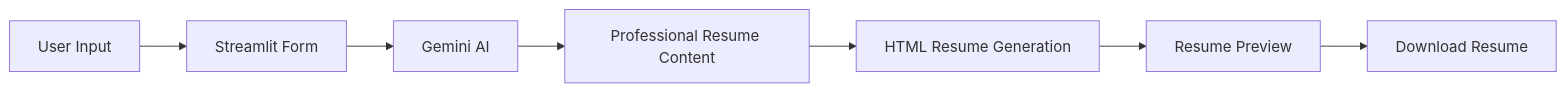
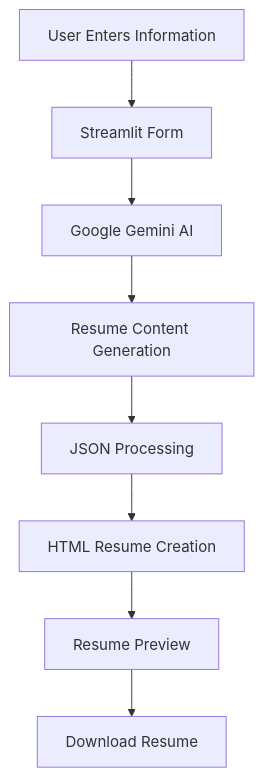
Before and after one commit to sarang-16/AI-Resume-Portfolio-Builder: the diagram in README.md, drawn with Mermaid. The commit also changed other lines of this file, not shown here.

````diff
--- a/README.md
+++ b/README.md
@@ -54,9 +75,10 @@
 ```mermaid
-graph LR
-A[User Input] --> B[Streamlit Form]
-B --> C[Gemini AI]
-C --> D[Professional Resume Content]
-D --> E[HTML Resume Generation]
-E --> F[Resume Preview]
-F --> G[Download Resume]
+graph TD
+A[User Enters Information] --> B[Streamlit Form]
+B --> C[Google Gemini AI]
+C --> D[Resume Content Generation]
+D --> E[JSON Processing]
+E --> F[HTML Resume Creation]
+F --> G[Resume Preview]
+G --> H[Download Resume]
 ```
````
